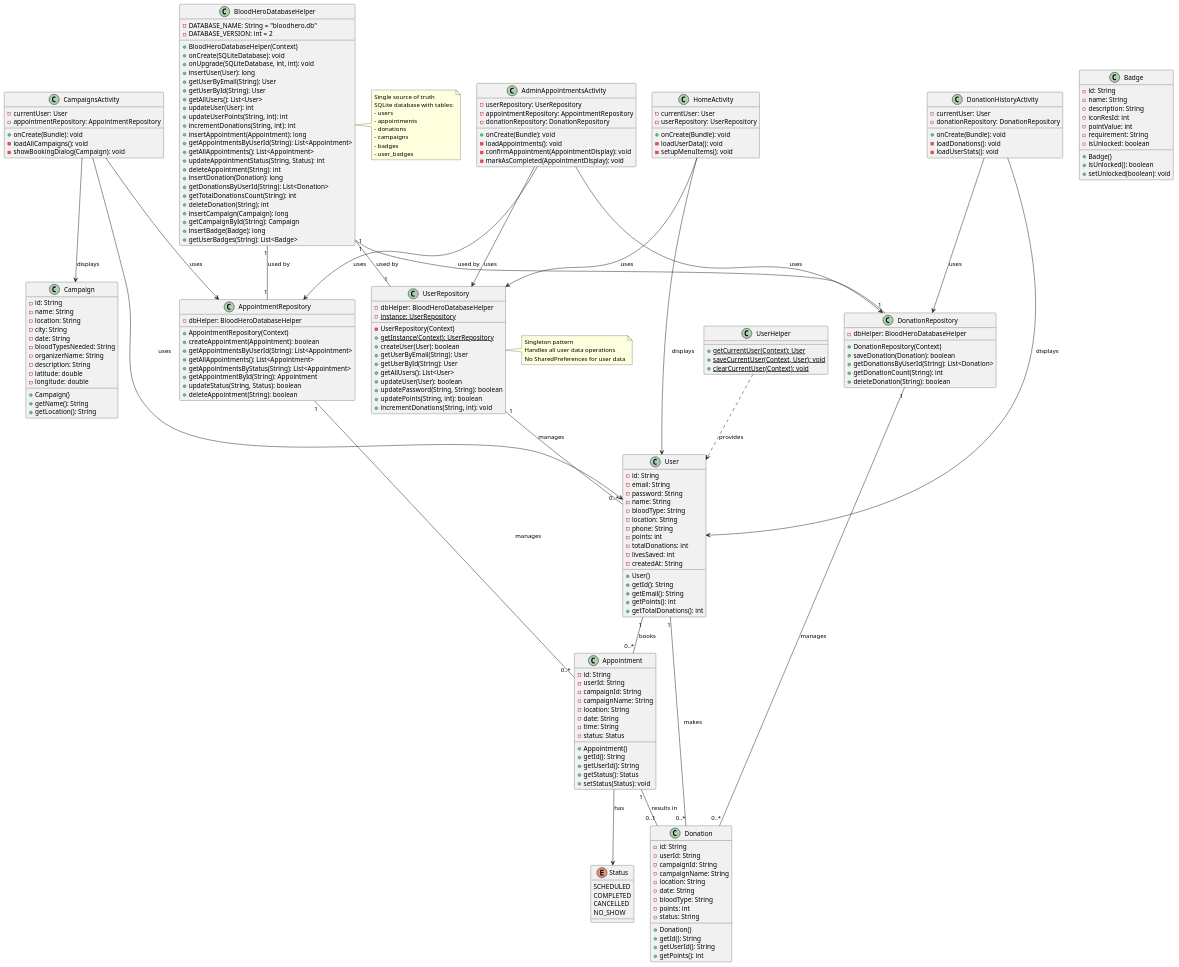
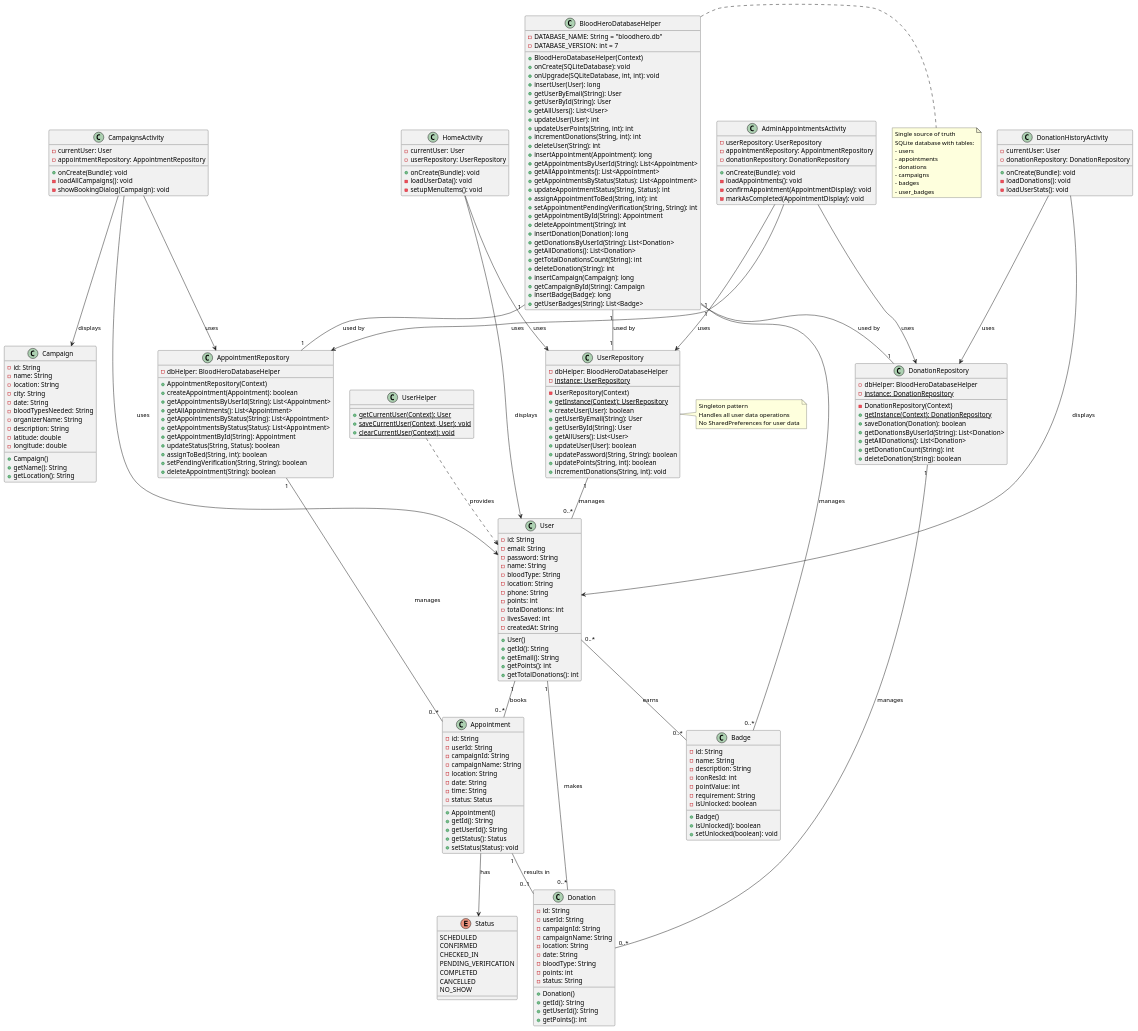
One commit to Ayaindeed/BloodHero changed the diagram in Assets/class_diagram.puml. Above: the diagram before and after it, drawn with PlantUML. The commit also changed 94 other files, not shown here.

Commit message:
New features added, bug fixed, diagrams updated

```diff
--- a/Assets/class_diagram.puml
+++ b/Assets/class_diagram.puml
@@ -54,6 +54,9 @@
 
   enum Status {
     SCHEDULED
+    CONFIRMED
+    CHECKED_IN
+    PENDING_VERIFICATION
     COMPLETED
     CANCELLED
     NO_SHOW
@@ -91,7 +94,7 @@
   ' Database Layer
   class BloodHeroDatabaseHelper {
     - DATABASE_NAME: String = "bloodhero.db"
-    - DATABASE_VERSION: int = 2
+    - DATABASE_VERSION: int = 7
     + BloodHeroDatabaseHelper(Context)
     + onCreate(SQLiteDatabase): void
     + onUpgrade(SQLiteDatabase, int, int): void
@@ -103,15 +106,21 @@
     + updateUser(User): int
     + updateUserPoints(String, int): int
     + incrementDonations(String, int): int
+    + deleteUser(String): int
     ' Appointment CRUD
     + insertAppointment(Appointment): long
     + getAppointmentsByUserId(String): List<Appointment>
     + getAllAppointments(): List<Appointment>
+    + getAppointmentsByStatus(Status): List<Appointment>
     + updateAppointmentStatus(String, Status): int
+    + assignAppointmentToBed(String, int): int
+    + setAppointmentPendingVerification(String, String): int
+    + getAppointmentById(String): Appointment
     + deleteAppointment(String): int
     ' Donation CRUD
     + insertDonation(Donation): long
     + getDonationsByUserId(String): List<Donation>
+    + getAllDonations(): List<Donation>
     + getTotalDonationsCount(String): int
     + deleteDonation(String): int
     ' Campaign & Badge CRUD
@@ -144,16 +153,22 @@
     + getAppointmentsByUserId(String): List<Appointment>
     + getAllAppointments(): List<Appointment>
     + getAppointmentsByStatus(String): List<Appointment>
+    + getAppointmentsByStatus(Status): List<Appointment>
     + getAppointmentById(String): Appointment
     + updateStatus(String, Status): boolean
+    + assignToBed(String, int): boolean
+    + setPendingVerification(String, String): boolean
     + deleteAppointment(String): boolean
   }
 
   class DonationRepository {
     - dbHelper: BloodHeroDatabaseHelper
-    + DonationRepository(Context)
+    - {static} instance: DonationRepository
+    - DonationRepository(Context)
+    + {static} getInstance(Context): DonationRepository
     + saveDonation(Donation): boolean
     + getDonationsByUserId(String): List<Donation>
+    + getAllDonations(): List<Donation>
     + getDonationCount(String): int
     + deleteDonation(String): boolean
   }
@@ -203,12 +218,14 @@
   ' Relationships
   User "1" -- "0..*" Appointment : books
   User "1" -- "0..*" Donation : makes
+  User "0..*" -- "0..*" Badge : earns
   Appointment --> Status : has
   Appointment "1" -- "0..1" Donation : results in
 
   BloodHeroDatabaseHelper "1" -- "1" UserRepository : used by
   BloodHeroDatabaseHelper "1" -- "1" AppointmentRepository : used by
   BloodHeroDatabaseHelper "1" -- "1" DonationRepository : used by
+  BloodHeroDatabaseHelper "1" -- "0..*" Badge : manages
 
   UserRepository "1" -- "0..*" User : manages
   AppointmentRepository "1" -- "0..*" Appointment : manages
```
